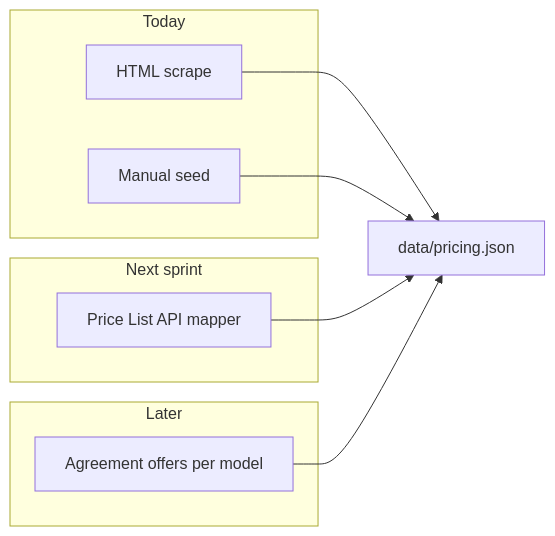
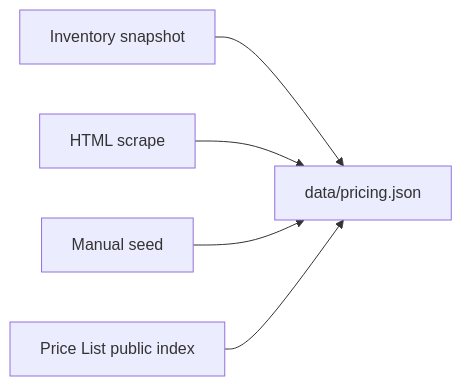
One commit to swateek/aws-bedrock-lens changed the diagram in docs/PRICING_SOURCES.md. Above: the diagram before and after it, drawn with Mermaid. The commit also changed other lines of this file and 6 other files, not shown here.

````diff
--- a/docs/PRICING_SOURCES.md
+++ b/docs/PRICING_SOURCES.md
@@ -72,17 +90,7 @@
 ```mermaid
 flowchart LR
-  subgraph today [Today]
-    HTML[HTML scrape]
-    Manual[Manual seed]
-  end
-  subgraph next [Next sprint]
-    PL[Price List API mapper]
-  end
-  subgraph later [Later]
-    Offers[Agreement offers per model]
-  end
-  HTML --> Catalog[data/pricing.json]
-  Manual --> Catalog
-  PL --> Catalog
-  Offers --> Catalog
+  Snapshot[Inventory snapshot] --> Catalog[data/pricing.json]
+  HTML[HTML scrape] --> Catalog
+  Manual[Manual seed] --> Catalog
+  PL[Price List public index] --> Catalog
 ```
````
